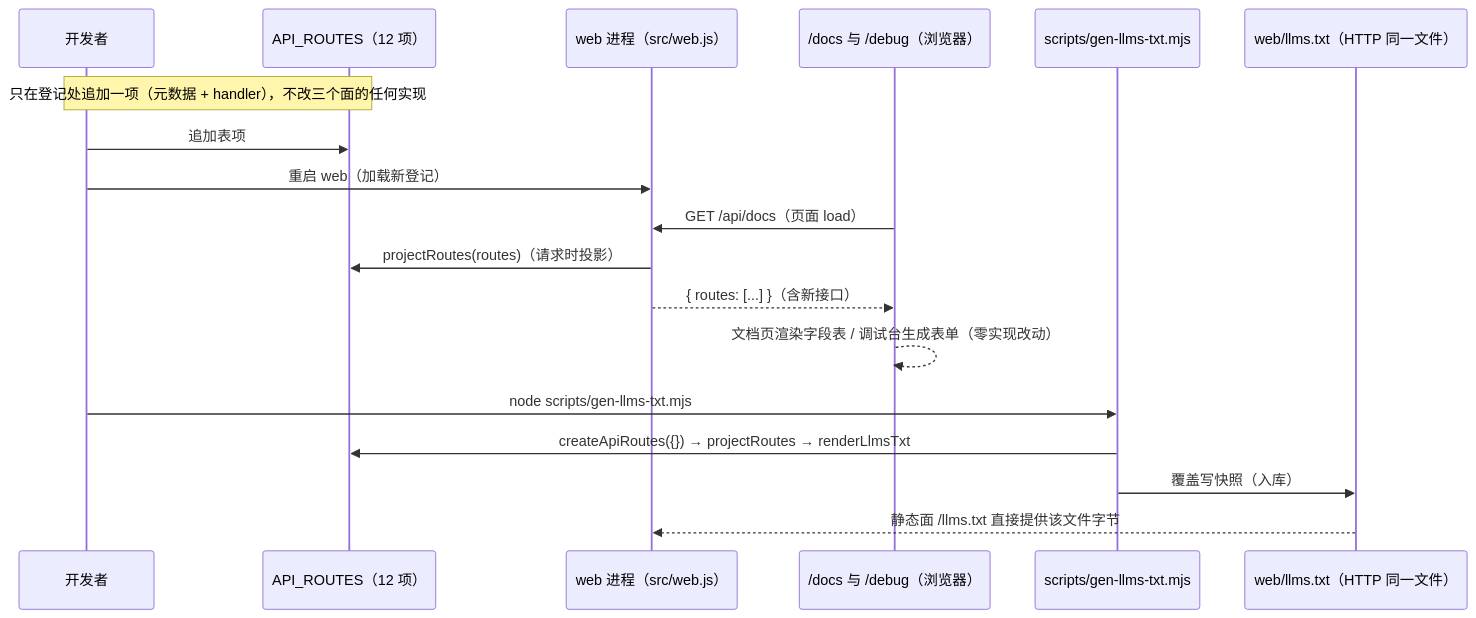
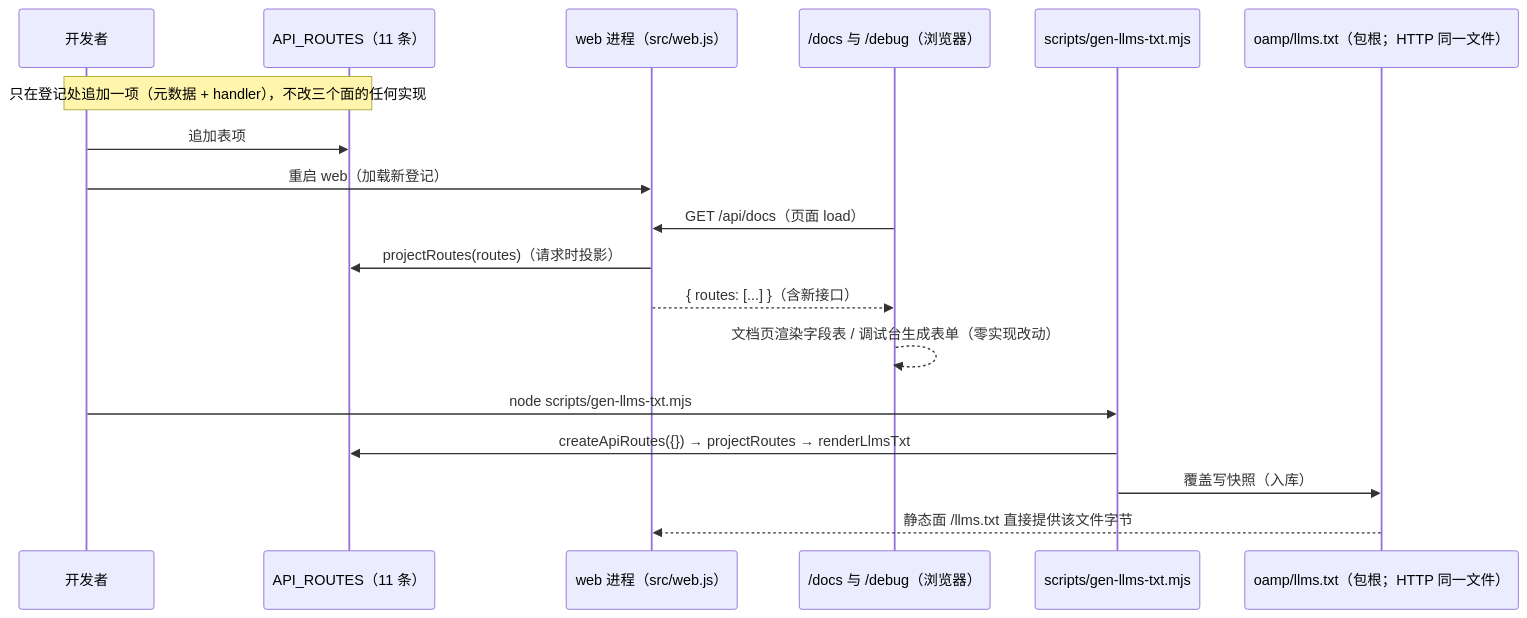
Before and after one commit to chenchiyuan/agents: the second of 3 diagrams in docs/iterations/0016-api-reflection-docs/architecture.md, drawn with Mermaid. The commit also changed other lines of this file and 7 other files, not shown here.

Commit message:
docs(0016): architect FAIL 返工落盘记录 + 修正报告快照表项数

````diff
--- a/docs/iterations/0016-api-reflection-docs/architecture.md
+++ b/docs/iterations/0016-api-reflection-docs/architecture.md
@@ -705,21 +717,21 @@
 ```mermaid
 sequenceDiagram
   participant Dev as 开发者
-  participant Tbl as API_ROUTES（12 项）
+  participant Tbl as API_ROUTES（11 条）
   participant Web as web 进程（src/web.js）
   participant Page as /docs 与 /debug（浏览器）
   participant Gen as scripts/gen-llms-txt.mjs
-  participant Snap as web/llms.txt（HTTP 同一文件）
+  participant Snap as oamp/llms.txt（包根；HTTP 同一文件）
 
   Note over Dev,Tbl: 只在登记处追加一项（元数据 + handler），不改三个面的任何实现
   Dev->>Tbl: 追加表项
   Dev->>Web: 重启 web（加载新登记）
   Page->>Web: GET /api/docs（页面 load）
   Web->>Tbl: projectRoutes(routes)（请求时投影）
   Web-->>Page: { routes: [...] }（含新接口）
   Page-->>Page: 文档页渲染字段表 / 调试台生成表单（零实现改动）
   Dev->>Gen: node scripts/gen-llms-txt.mjs
   Gen->>Tbl: createApiRoutes({}) → projectRoutes → renderLlmsTxt
   Gen->>Snap: 覆盖写快照（入库）
   Snap-->>Web: 静态面 /llms.txt 直接提供该文件字节
 ```
````
